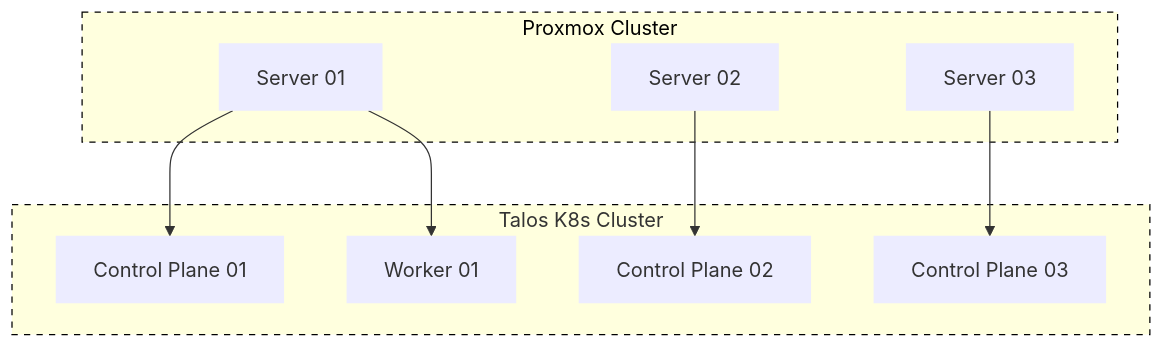
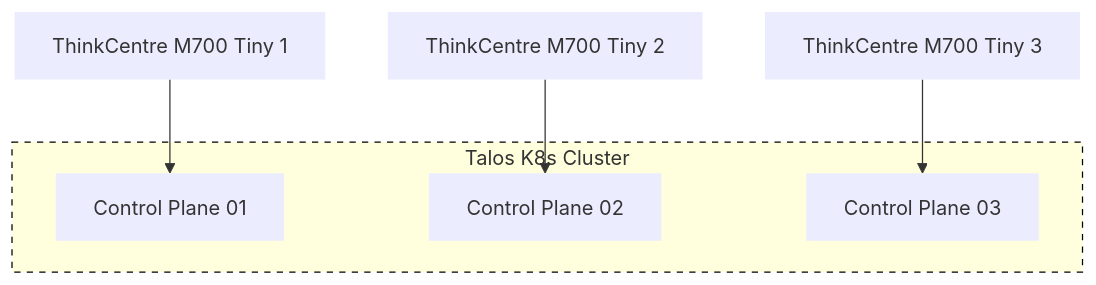
Before and after one commit to Kavinraja-G/homelab: the first of 2 diagrams in README.md, drawn with Mermaid. The commit also changed other lines of this file, not shown here.

````diff
--- a/README.md
+++ b/README.md
@@ -22,37 +22,23 @@
 ```mermaid
 flowchart TB
-    subgraph PVE["Proxmox Cluster"]
-        PVE1["Proxmox Node 1"]
-        PVE2["Proxmox Node 2"]
-        PVE3["Proxmox Node 3"]
-    end
-
     subgraph TALOS["Talos K8s Cluster"]
         CP1["Talos Control Plane 1"]
         CP2["Talos Control Plane 2"]
         CP3["Talos Control Plane 3"]
-        WK1["Talos Worker 1"]
     end
 
-    PVE1 --> CP1
-    PVE2["Server 02"] --> CP2
-    PVE3["Server 03"] --> CP3
+	NODE1["ThinkCentre M700 Tiny 1"] --> CP1
+	NODE2["ThinkCentre M700 Tiny 2"] --> CP2
+	NODE3["ThinkCentre M700 Tiny 3"] --> CP3
 
-    PVE1["Server 01"] --> WK1["Worker 01"]
-
-    CP1
-    CP2
-    CP2["Control Plane 02"]
-    CP3
-    CP3["Control Plane 03"]
-    CP1["Control Plane 01"]
-	style PVE2 stroke-width:0px
-	style PVE3 stroke-width:0px
-	style PVE1 stroke-width:0px
+	CP1["Control Plane 01"]
+	CP2["Control Plane 02"]
+	CP3["Control Plane 03"]
+ style NODE1 stroke-width:0px
+ style NODE2 stroke-width:0px
+ style NODE3 stroke-width:0px
 	style CP1 stroke-width:0px
-	style WK1 stroke-width:0px
 	style CP2 stroke-width:0px
 	style CP3 stroke-width:0px
 	style TALOS stroke-width:1px,stroke-dasharray:5 5,stroke:#000000
-	style PVE stroke-width:1px,stroke-dasharray:5 5,stroke:#000000,color:#000000
 ```
````
